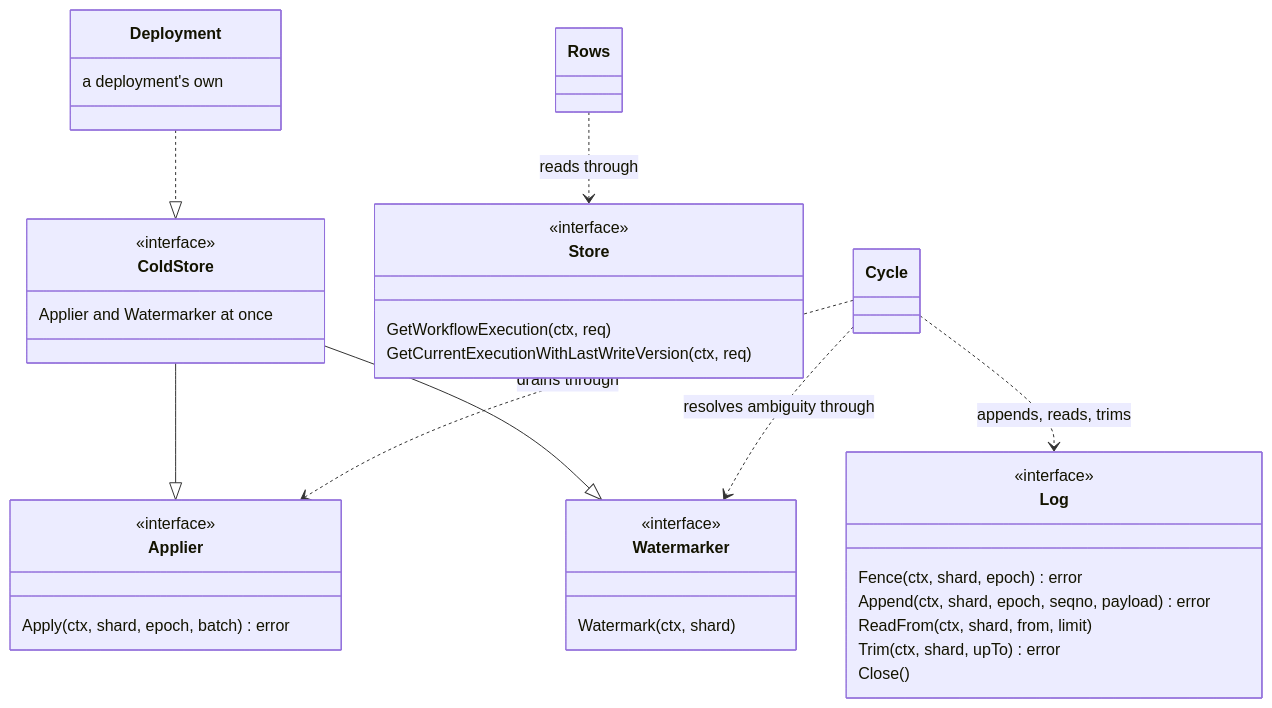
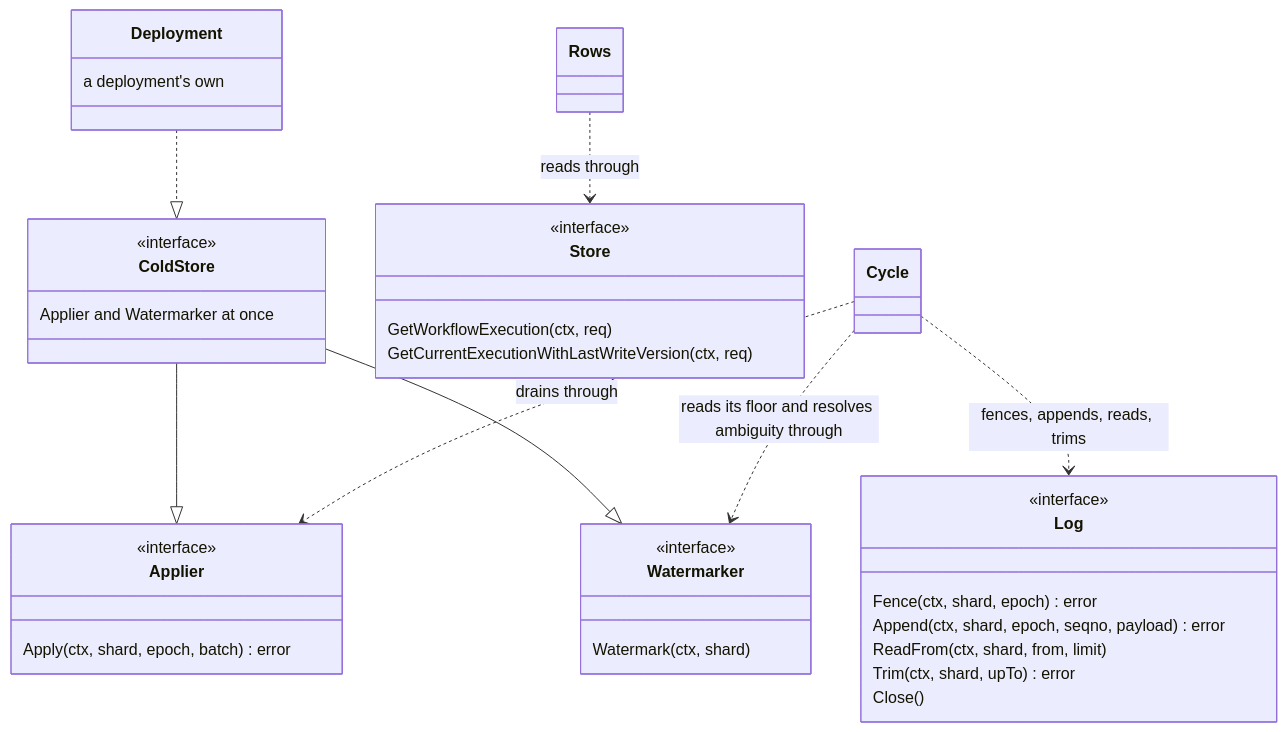
One commit to aromanovich/waltz changed the second of 2 diagrams in docs/handbook/04-contracts.md. Above: the diagram before and after it, drawn with Mermaid. The commit also changed other lines of this file and 29 other files, not shown here.

````diff
--- a/docs/handbook/04-contracts.md
+++ b/docs/handbook/04-contracts.md
@@ -102,40 +102,40 @@
 ```mermaid
 classDiagram
   class Log {
     <<interface>>
     Fence(ctx, shard, epoch) error
     Append(ctx, shard, epoch, seqno, payload) error
     ReadFrom(ctx, shard, from, limit)
     Trim(ctx, shard, upTo) error
     Close()
   }
   class Applier {
     <<interface>>
     Apply(ctx, shard, epoch, batch) error
   }
   class Watermarker {
     <<interface>>
     Watermark(ctx, shard)
   }
   class ColdStore {
     <<interface>>
     Applier and Watermarker at once
   }
   class Store {
     <<interface>>
     GetWorkflowExecution(ctx, req)
     GetCurrentExecutionWithLastWriteVersion(ctx, req)
   }
   class Cycle
   class Rows
   class Deployment {
     a deployment's own
   }
   ColdStore --|> Applier
   ColdStore --|> Watermarker
   Deployment ..|> ColdStore
   Rows ..> Store : reads through
-  Cycle ..> Log : appends, reads, trims
+  Cycle ..> Log : fences, appends, reads, trims
   Cycle ..> Applier : drains through
-  Cycle ..> Watermarker : resolves ambiguity through
+  Cycle ..> Watermarker : reads its floor and resolves ambiguity through
 ```
````
